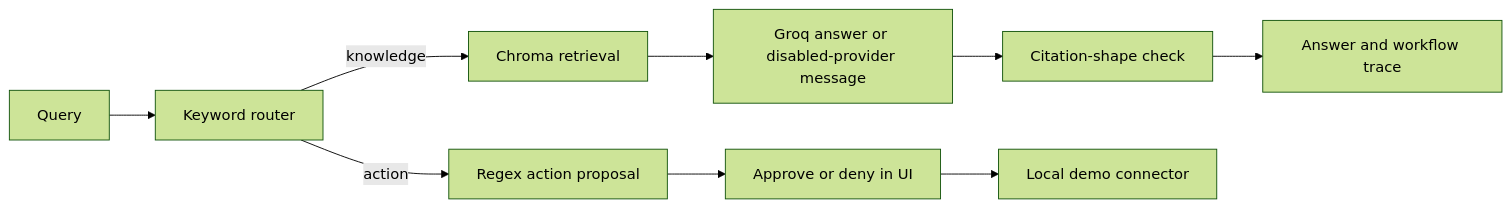
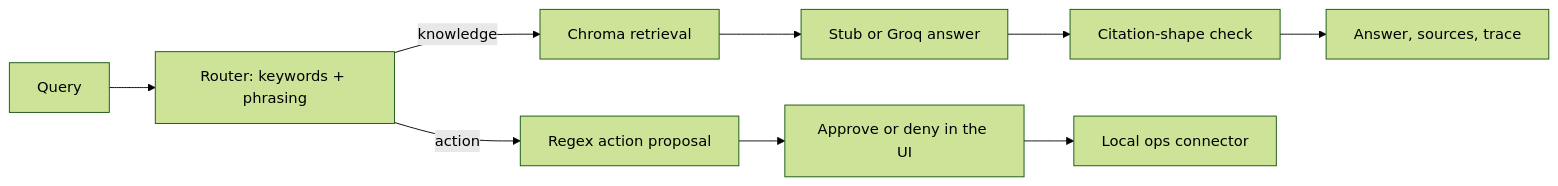
Before and after one commit to dev-nezuko/document-routing-agent: the diagram in README.md, drawn with Mermaid (forest theme). The commit also changed other lines of this file and 3 other files, not shown here.

````diff
--- a/README.md
+++ b/README.md
@@ -9,11 +11,11 @@
 ```mermaid
 flowchart LR
-  Query[Query] --> Router[Keyword router]
+  Query[Query] --> Router[Router: keywords + phrasing]
   Router -->|knowledge| Retrieve[Chroma retrieval]
-  Retrieve --> Compose[Groq answer or disabled-provider message]
+  Retrieve --> Compose[Stub or Groq answer]
   Compose --> Check[Citation-shape check]
-  Check --> UI[Answer and workflow trace]
+  Check --> Out[Answer, sources, trace]
   Router -->|action| Parse[Regex action proposal]
-  Parse --> Review[Approve or deny in UI]
-  Review --> Stub[Local demo connector]
+  Parse --> Review[Approve or deny in the UI]
+  Review --> Stub[Local ops connector]
 ```
````
